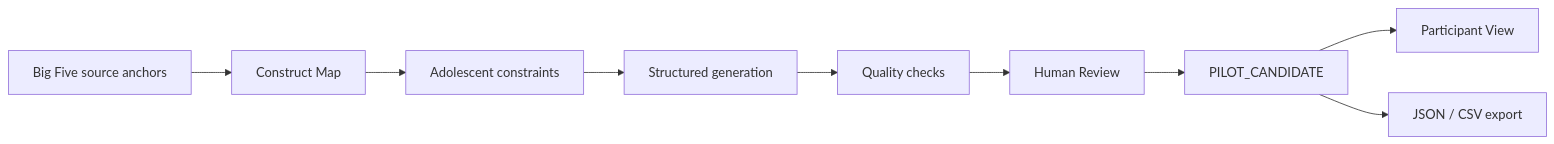
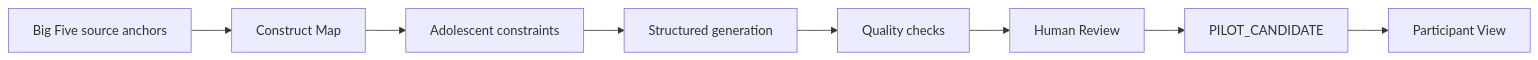
Before and after one commit to YaoZeLiu0417/LLM_Psychometric: the diagram in README.md, drawn with Mermaid. The commit also changed other lines of this file and 3 other files, not shown here.

````diff
--- a/README.md
+++ b/README.md
@@ -49,11 +49,10 @@
 ```mermaid
 flowchart LR
     A["Big Five source anchors"] --> B["Construct Map"]
     B --> C["Adolescent constraints"]
     C --> D["Structured generation"]
     D --> E["Quality checks"]
     E --> F["Human Review"]
     F --> G["PILOT_CANDIDATE"]
     G --> H["Participant View"]
-    G --> I["JSON / CSV export"]
 ```
````
